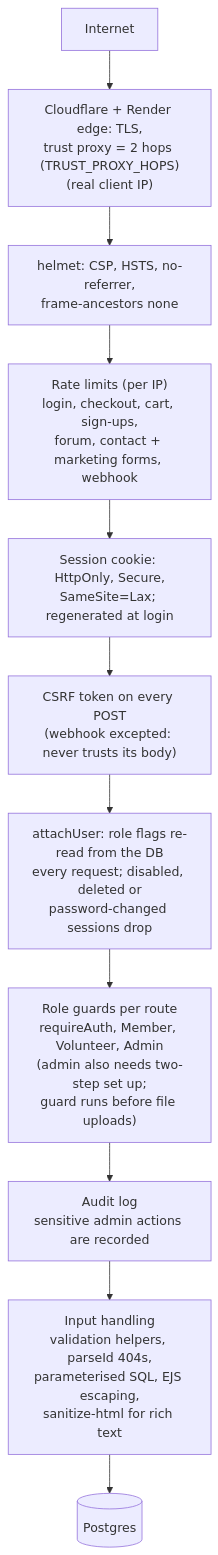
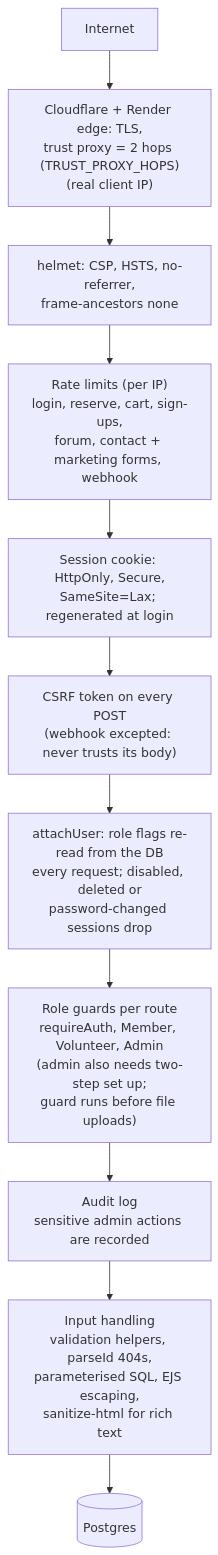
Before and after one commit to umasbooksadmin/umasbookswebsite: diagram 15 of 15 in docs/architecture.md, drawn with Mermaid. The commit also changed other lines of this file and 112 other files, not shown here.

````diff
--- a/docs/architecture.md
+++ b/docs/architecture.md
@@ -1049,13 +1053,13 @@
 ```mermaid
 flowchart TD
   NET["Internet"] --> TLS["Cloudflare + Render edge: TLS,<br/>trust proxy = 2 hops (TRUST_PROXY_HOPS)<br/>(real client IP)"]
   TLS --> HL["helmet: CSP, HSTS, no-referrer,<br/>frame-ancestors none"]
-  HL --> RL["Rate limits (per IP)<br/>login, checkout, cart, sign-ups,<br/>forum, contact + marketing forms, webhook"]
+  HL --> RL["Rate limits (per IP)<br/>login, reserve, cart, sign-ups,<br/>forum, contact + marketing forms, webhook"]
   RL --> SE["Session cookie: HttpOnly, Secure,<br/>SameSite=Lax; regenerated at login"]
   SE --> CF["CSRF token on every POST<br/>(webhook excepted: never trusts its body)"]
   CF --> AU["attachUser: role flags re-read from the DB<br/>every request; disabled, deleted or<br/>password-changed sessions drop"]
   AU --> RG["Role guards per route<br/>requireAuth, Member, Volunteer, Admin<br/>(admin also needs two-step set up;<br/>guard runs before file uploads)"]
   RG --> AUD["Audit log<br/>sensitive admin actions are recorded"]
   AUD --> VAL["Input handling<br/>validation helpers, parseId 404s,<br/>parameterised SQL, EJS escaping,<br/>sanitize-html for rich text"]
   VAL --> DBX[("Postgres")]
 ```
````
